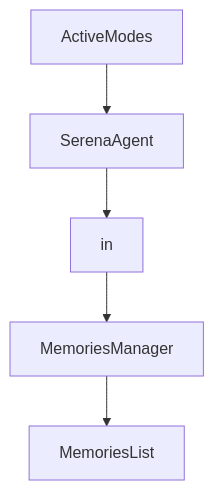
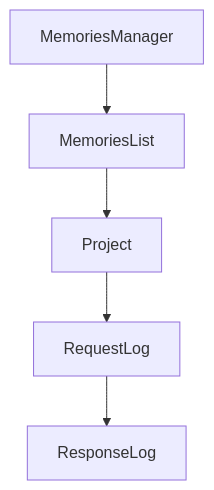
Before and after one commit to johnxie/awesome-code-docs: the diagram in tutorials/serena-tutorial/03-mcp-client-integrations.md, drawn with Mermaid. The commit also changed other lines of this file and 1232 other files, not shown here.

````diff
--- a/tutorials/serena-tutorial/03-mcp-client-integrations.md
+++ b/tutorials/serena-tutorial/03-mcp-client-integrations.md
@@ -223,12 +221,12 @@
 ```mermaid
 flowchart TD
-    A[ActiveModes]
-    B[SerenaAgent]
-    C[in]
-    D[MemoriesManager]
-    E[MemoriesList]
+    A[MemoriesManager]
+    B[MemoriesList]
+    C[Project]
+    D[RequestLog]
+    E[ResponseLog]
     A --> B
     B --> C
     C --> D
     D --> E
 ```
````
